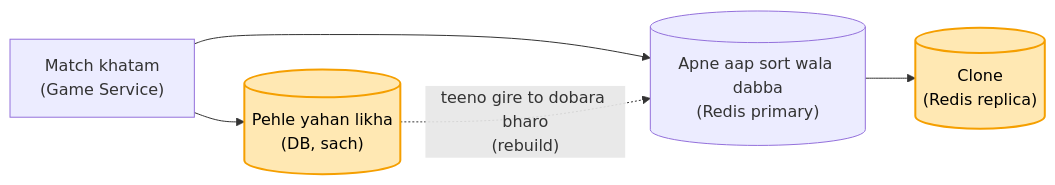
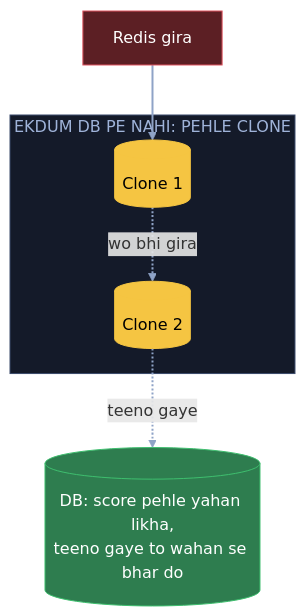
One commit to ArpanMaheshwari144/Prep changed the fifth of 5 diagrams in 04_HLD/SYSTEM_DESIGNS/16_leaderboard/16_leaderboard.md. Above: the diagram before and after it, drawn with Mermaid. The commit also changed other lines of this file, not shown here.

Commit message:
Leaderboard: 5 diagram hand notes ke shabdon se

````diff
--- a/04_HLD/SYSTEM_DESIGNS/16_leaderboard/16_leaderboard.md
+++ b/04_HLD/SYSTEM_DESIGNS/16_leaderboard/16_leaderboard.md
@@ -145,9 +200,18 @@
 ```mermaid
-flowchart LR
-    G["Match khatam<br/>(Game Service)"] --> D[("Pehle yahan likha<br/>(DB, sach)")]
-    G --> Z[("Apne aap sort wala dabba<br/>(Redis primary)")]
-    Z --> C1[("Clone<br/>(Redis replica)")]
-    D -. "teeno gire to dobara bharo<br/>(rebuild)" .-> Z
-    style C1 fill:#ffe8b3,stroke:#f59f00,stroke-width:2px,color:#000
-    style D fill:#ffe8b3,stroke:#f59f00,stroke-width:2px,color:#000
+flowchart TB
+    X["Redis gira"]:::bad
+    subgraph CL["EKDUM DB PE NAHI: PEHLE CLONE"]
+        C1[("Clone 1")]:::pill
+        C2[("Clone 2")]:::pill
+    end
+    D[("DB: score pehle yahan likha,<br/>teeno gaye to wahan se bhar do")]:::good
+    X --> C1
+    C1 -. "wo bhi gira" .-> C2
+    C2 -. "teeno gaye" .-> D
+    linkStyle default stroke:#8fa3c7,stroke-width:2px
+    classDef card fill:#1e2638,stroke:#3a4a6b,color:#e8ecf5
+    classDef pill fill:#f5c542,stroke:#f5c542,color:#000
+    classDef good fill:#2e7d4f,stroke:#3fbf6f,color:#fff
+    classDef bad fill:#5c1f24,stroke:#e05561,color:#fff
+    style CL fill:#141a29,stroke:#3a4a6b,color:#9fb3d9
 ```
````
